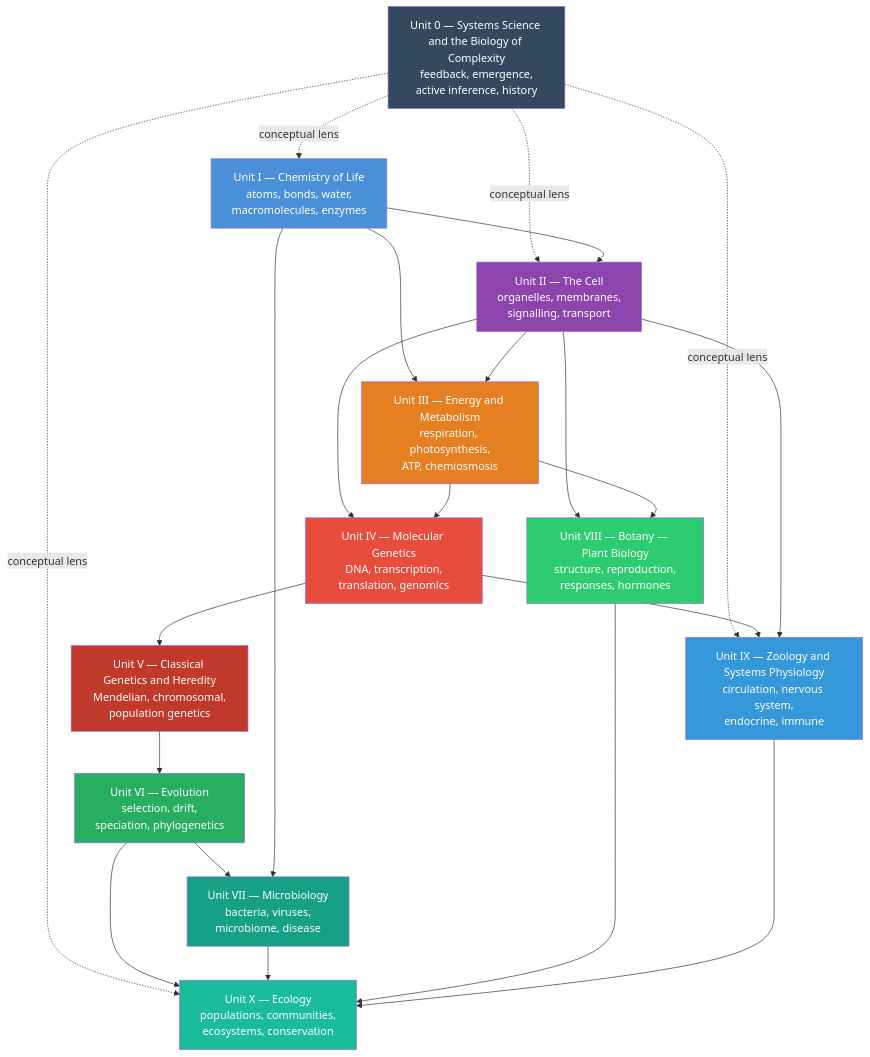
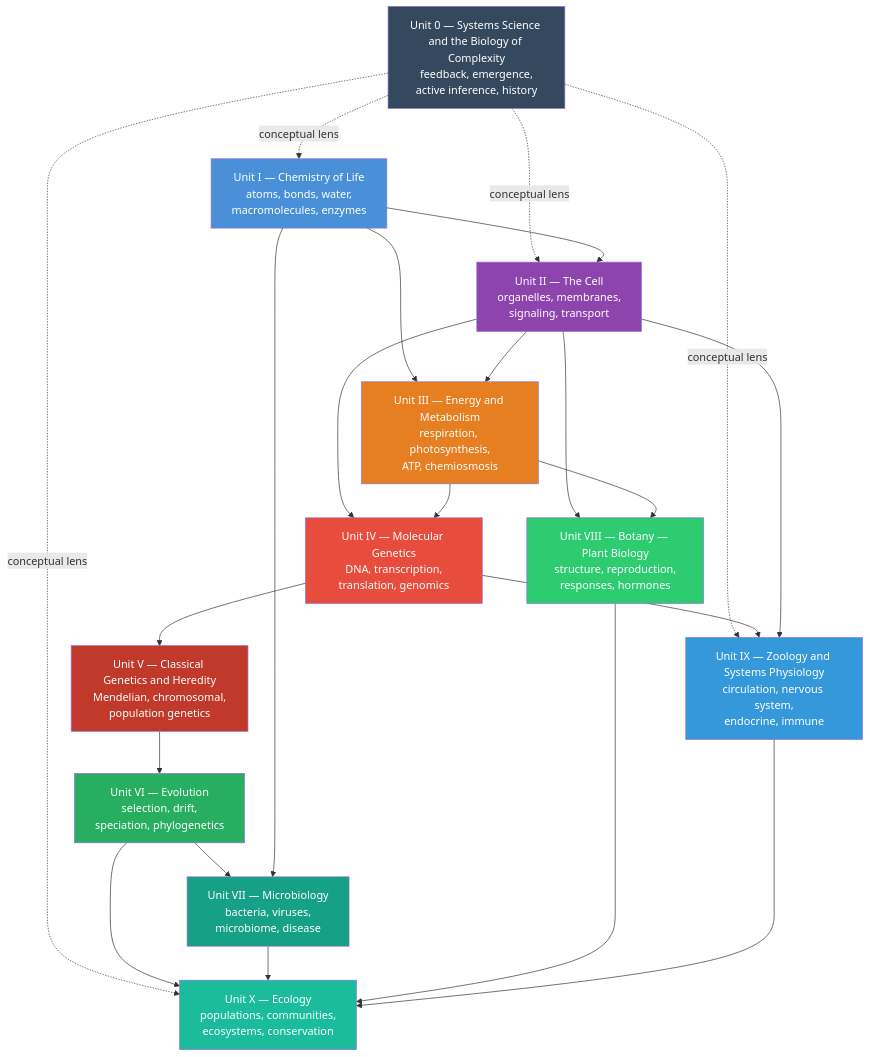
The diagram in manuscript/front_matter.md (docxology/biology_textbook), drawn with Mermaid before and after one commit. The commit also changed other lines of this file and 247 other files, not shown here.

````diff
--- a/manuscript/front_matter.md
+++ b/manuscript/front_matter.md
@@ -145,48 +143,48 @@
 ```mermaid
 graph TD
     U0["Unit 0 — Systems Science and the Biology of Complexity<br/>feedback, emergence,<br/>active inference, history"]
     I["Unit I — Chemistry of Life<br/>atoms, bonds, water,<br/>macromolecules, enzymes"]
-    II["Unit II — The Cell<br/>organelles, membranes,<br/>signalling, transport"]
+    II["Unit II — The Cell<br/>organelles, membranes,<br/>signaling, transport"]
     III["Unit III — Energy and Metabolism<br/>respiration, photosynthesis,<br/>ATP, chemiosmosis"]
     IV["Unit IV — Molecular Genetics<br/>DNA, transcription,<br/>translation, genomics"]
     V["Unit V — Classical Genetics and Heredity<br/>Mendelian, chromosomal,<br/>population genetics"]
     VI["Unit VI — Evolution<br/>selection, drift,<br/>speciation, phylogenetics"]
     VII["Unit VII — Microbiology<br/>bacteria, viruses,<br/>microbiome, disease"]
     VIII["Unit VIII — Botany — Plant Biology<br/>structure, reproduction,<br/>responses, hormones"]
     IX["Unit IX — Zoology and Systems Physiology<br/>circulation, nervous system,<br/>endocrine, immune"]
     X["Unit X — Ecology<br/>populations, communities,<br/>ecosystems, conservation"]
 
     U0 -.->|conceptual lens| I
     U0 -.->|conceptual lens| II
     U0 -.->|conceptual lens| X
     U0 -.->|conceptual lens| IX
     I --> II
     I --> III
     II --> III
     II --> IV
     III --> IV
     IV --> V
     V --> VI
     VI --> VII
     I --> VII
     II --> VIII
     III --> VIII
     IV --> IX
     II --> IX
     VI --> X
     VII --> X
     VIII --> X
     IX --> X
 
     style U0 fill:#34495e,color:#fff
     style I fill:#4a90d9,color:#fff
     style II fill:#8e44ad,color:#fff
     style III fill:#e67e22,color:#fff
     style IV fill:#e74c3c,color:#fff
     style V fill:#c0392b,color:#fff
     style VI fill:#27ae60,color:#fff
     style VII fill:#16a085,color:#fff
     style VIII fill:#2ecc71,color:#fff
     style IX fill:#3498db,color:#fff
     style X fill:#1abc9c,color:#fff
 ```
````
